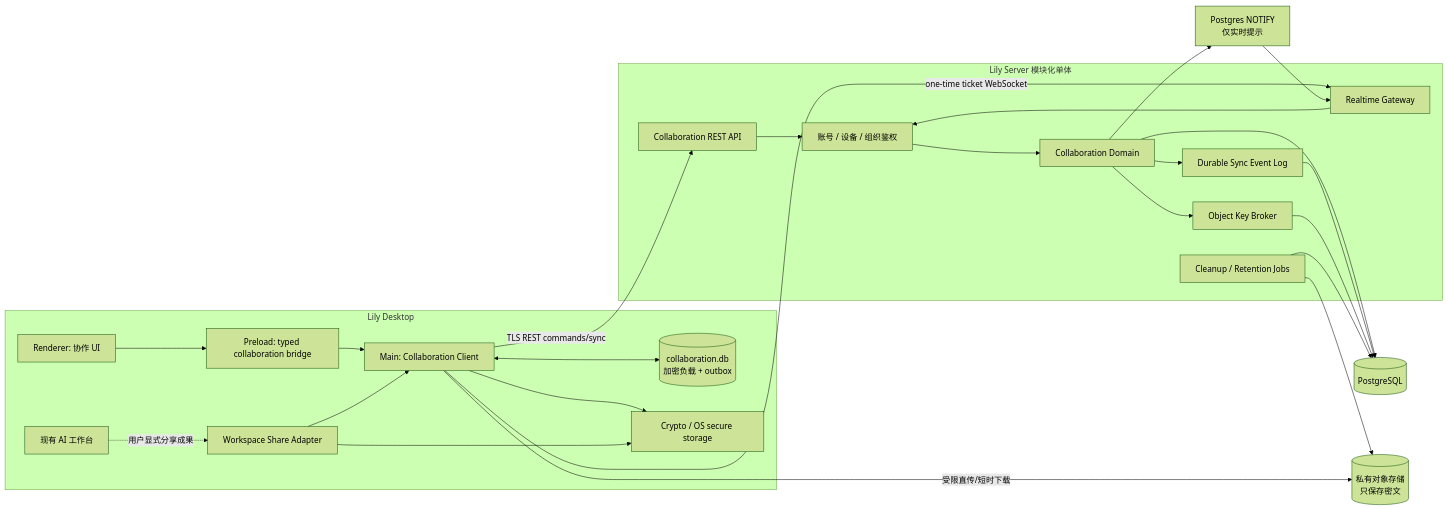
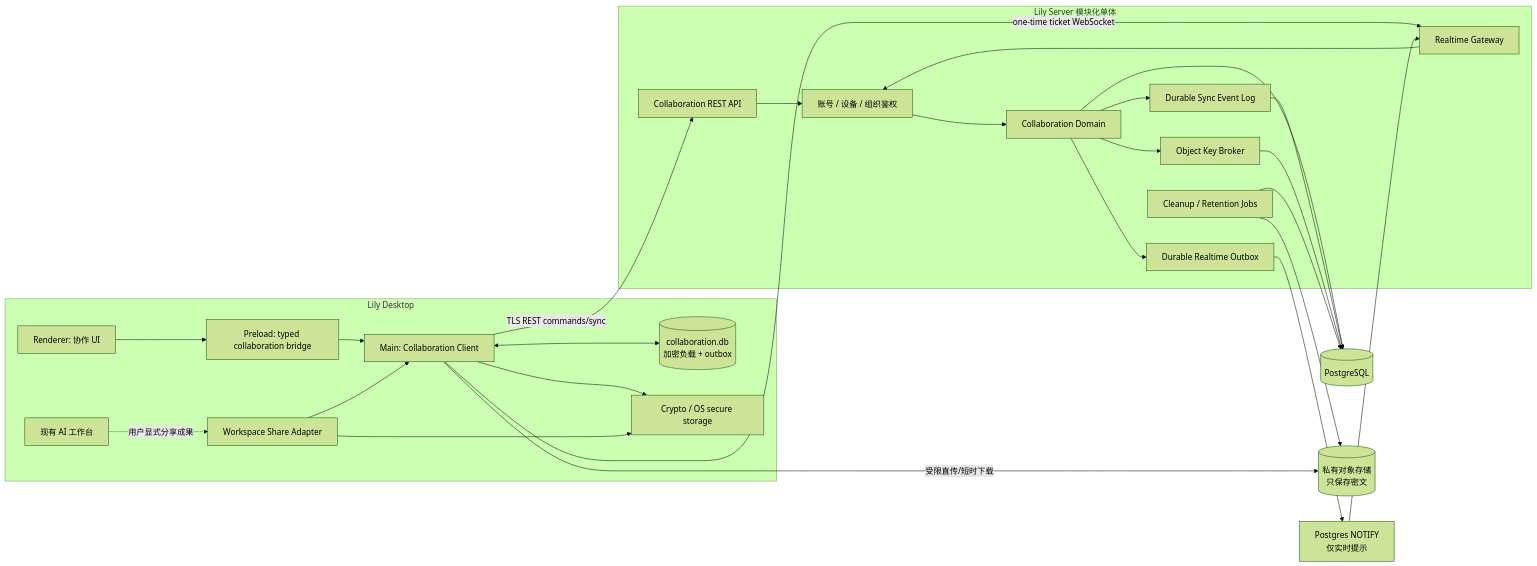
Before and after one commit to zhangqin2016/superhelper: the first of 2 diagrams in docs/superpowers/specs/2026-08-29-collaboration-center-design.md, drawn with Mermaid (forest theme). The commit also changed other lines of this file, not shown here.

````diff
--- a/docs/superpowers/specs/2026-08-29-collaboration-center-design.md
+++ b/docs/superpowers/specs/2026-08-29-collaboration-center-design.md
@@ -333,46 +336,48 @@
 ```mermaid
 flowchart LR
   subgraph Desktop["Lily Desktop"]
     R["Renderer: 协作 UI"]
     P["Preload: typed collaboration bridge"]
     C["Main: Collaboration Client"]
     L[("collaboration.db\n加密负载 + outbox")]
     W["Workspace Share Adapter"]
     K["Crypto / OS secure storage"]
     A["现有 AI 工作台"]
     R --> P --> C
     C <--> L
     C --> K
     W --> K
     A -. 用户显式分享成果 .-> W
     W --> C
   end
 
   subgraph Server["Lily Server 模块化单体"]
     API["Collaboration REST API"]
     WS["Realtime Gateway"]
     AUTH["账号 / 设备 / 组织鉴权"]
     CORE["Collaboration Domain"]
     SYNC["Durable Sync Event Log"]
+    ROUT["Durable Realtime Outbox"]
     KEY["Object Key Broker"]
     JOB["Cleanup / Retention Jobs"]
     API --> AUTH --> CORE
     WS --> AUTH
     CORE --> SYNC
+    CORE --> ROUT
     CORE --> KEY
   end
 
   DB[("PostgreSQL")]
   OBJ[("私有对象存储\n只保存密文")]
   FAN["Postgres NOTIFY\n仅实时提示"]
 
   C -- "TLS REST commands/sync" --> API
   C -- "one-time ticket WebSocket" --> WS
   C -- "受限直传/短时下载" --> OBJ
   CORE --> DB
   SYNC --> DB
   KEY --> DB
-  CORE --> FAN --> WS
+  ROUT --> FAN --> WS
   JOB --> DB
   JOB --> OBJ
 ```
````
